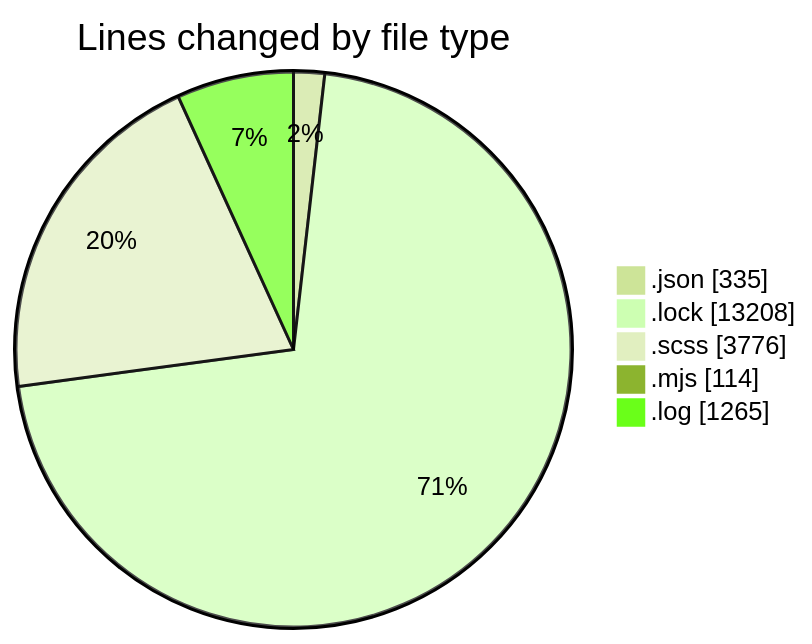
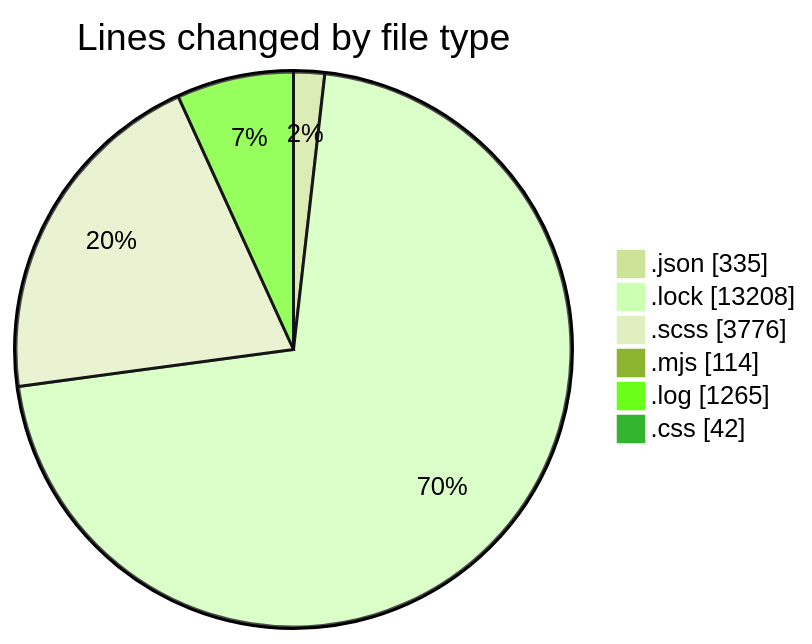
Before and after one commit to momahboobian/code-tracking: the first of 2 diagrams in 2026-01-26/cda/README.md, drawn with Mermaid (forest theme). The commit also changed other lines of this file and 1 other file, not shown here.

````diff
--- a/2026-01-26/cda/README.md
+++ b/2026-01-26/cda/README.md
@@ -31,9 +32,10 @@
 ```mermaid
 pie showData
 title Lines changed by file type
 ".json" : 335
 ".lock" : 13208
 ".scss" : 3776
 ".mjs" : 114
 ".log" : 1265
+".css" : 42
 ```
````
